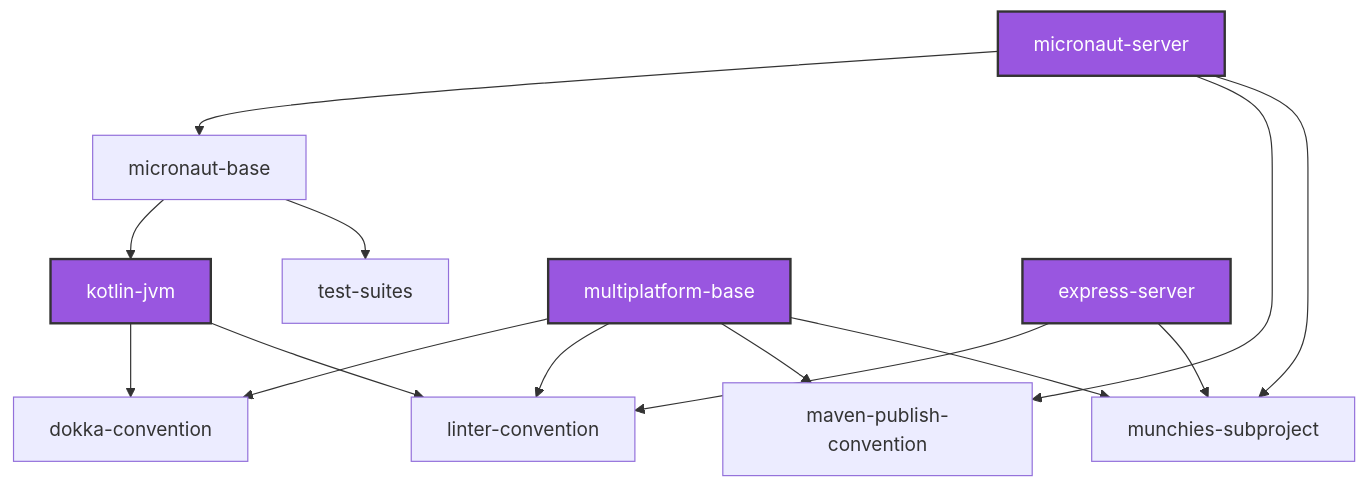
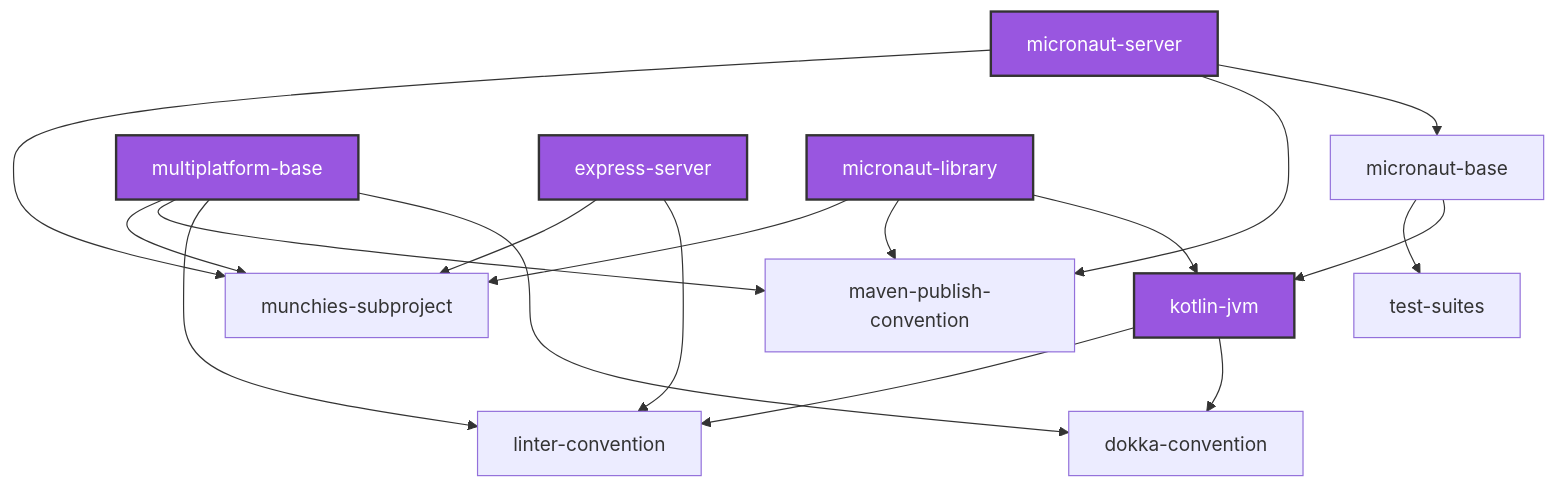
The second of 2 diagrams in docs/reports/spe/03-devops/project-structure.md (Norby99/munchies), drawn with Mermaid before and after one commit. The commit also changed other lines of this file, not shown here.

Commit message:
docs(spe): document micronaut-commons in Project Structure

````diff
--- a/docs/reports/spe/03-devops/project-structure.md
+++ b/docs/reports/spe/03-devops/project-structure.md
@@ -136,30 +141,34 @@
 ```mermaid
 
 flowchart TB
     ms["micronaut-server"]:::pj
     dk["dokka-convention"]
     kj["kotlin-jvm"]:::pj
     mb["micronaut-base"]
     ts["test-suites"]
     mpb["multiplatform-base"]:::pj
     lc["linter-convention"]
     mpc["maven-publish-convention"]
     msp["munchies-subproject"]
     es["express-server"]:::pj
+    ml["micronaut-library"]:::pj
 
     ms --> msp
     es --> msp
     mpb --> msp
+    ml --> msp
     mpb --> mpc
     mpb --> lc
     es --> lc
     kj --> lc
     kj --> dk
     mb --> ts
     mpb --> dk
     ms --> mpc
+    ml --> mpc
     mb --> kj
     ms --> mb
+    ml --> kj
 
     classDef pj fill:#9956e0,stroke:#333,stroke-width:2px,color:#fff
 ```
````
